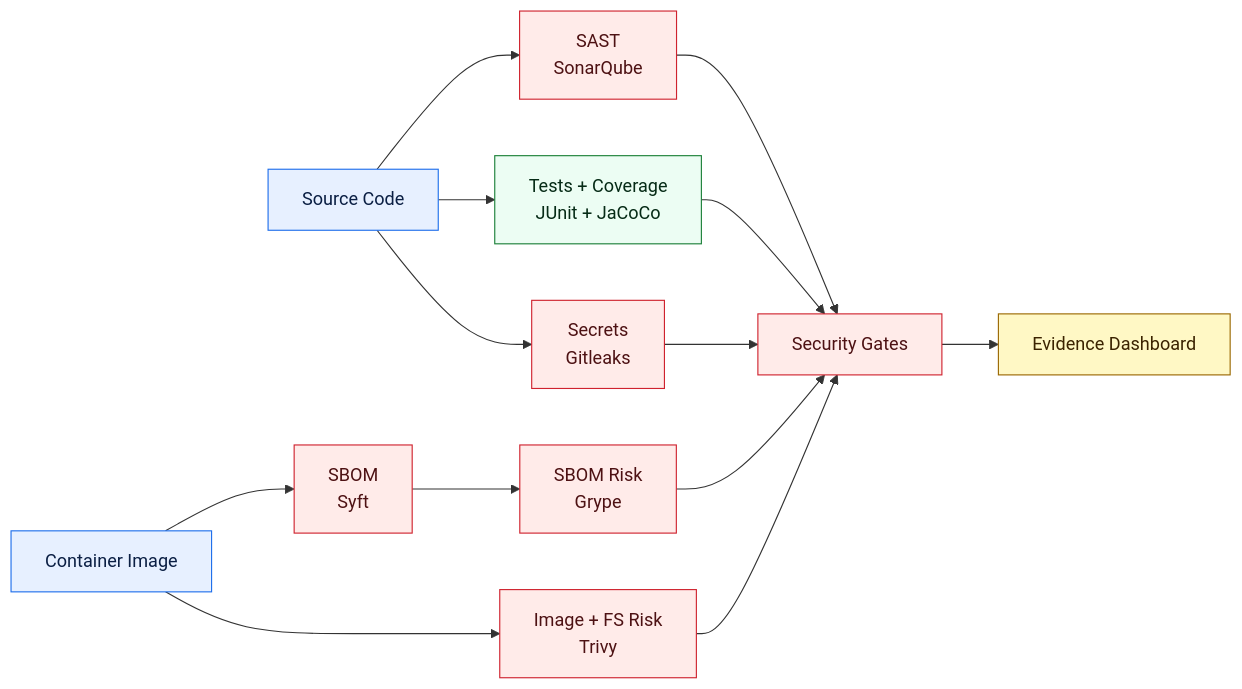
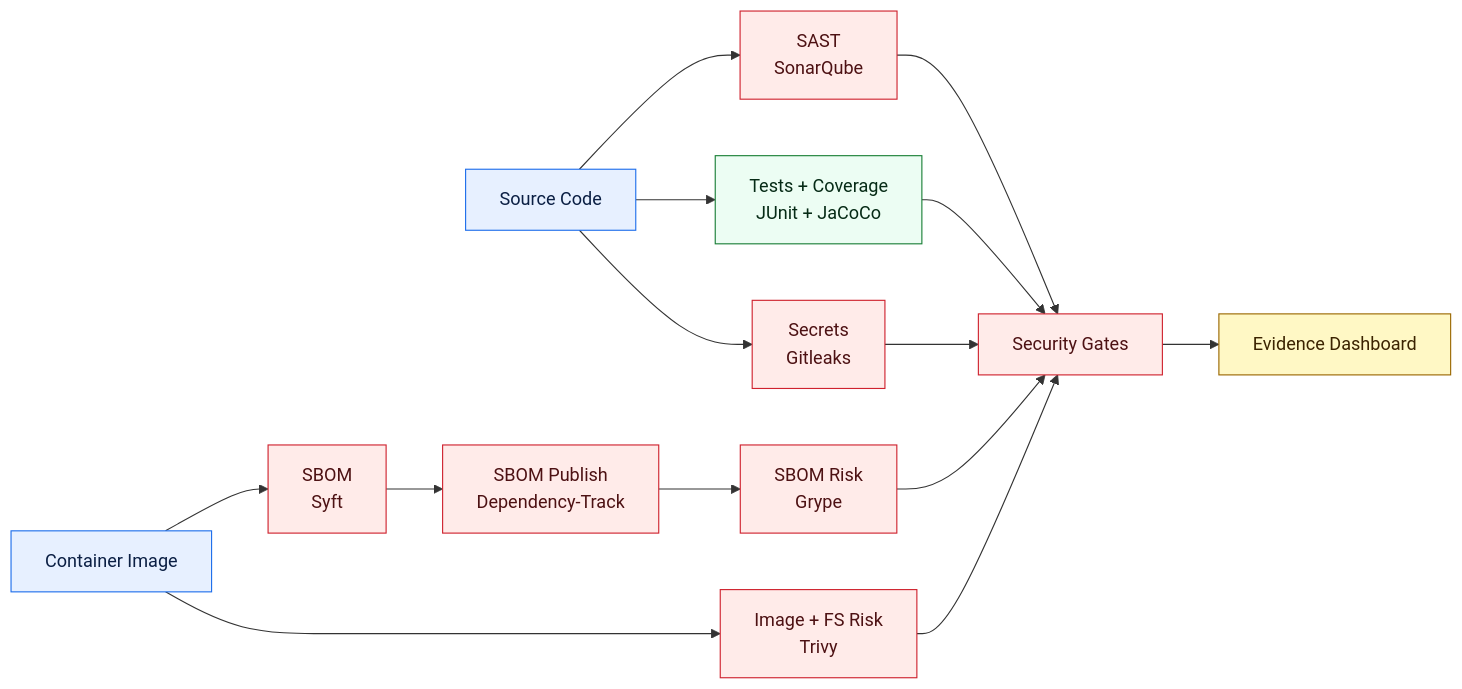
The diagram in cicd-reference-architectures/tools/README.md (Github-Arun-Repo/platform-engineering-reference-architectures), drawn with Mermaid before and after one commit. The commit also changed other lines of this file and 6 other files, not shown here.

Commit message:
feat(ci): integrate Dependency-Track SBOM publishing

````diff
--- a/cicd-reference-architectures/tools/README.md
+++ b/cicd-reference-architectures/tools/README.md
@@ -9,30 +9,31 @@
 ```mermaid
 flowchart LR
     source[Source Code]
     sast[SAST<br/>SonarQube]
     tests[Tests + Coverage<br/>JUnit + JaCoCo]
     secrets[Secrets<br/>Gitleaks]
     image[Container Image]
     sbom[SBOM<br/>Syft]
+    dtrack[SBOM Publish<br/>Dependency-Track]
     sca[SBOM Risk<br/>Grype]
     vuln[Image + FS Risk<br/>Trivy]
     gates[Security Gates]
     evidence[Evidence Dashboard]
 
     source --> sast --> gates
     source --> tests --> gates
     source --> secrets --> gates
-    image --> sbom --> sca --> gates
+    image --> sbom --> dtrack --> sca --> gates
     image --> vuln --> gates
     gates --> evidence
 
     classDef code fill:#e7f0ff,stroke:#1f6feb,color:#0b1f44;
     classDef quality fill:#ecfdf3,stroke:#1a7f37,color:#062b16;
     classDef security fill:#ffebe9,stroke:#cf222e,color:#4d1113;
     classDef evidence fill:#fff8c5,stroke:#9a6700,color:#3b2300;
 
     class source,image code;
     class tests quality;
-    class sast,secrets,sbom,sca,vuln,gates security;
+    class sast,secrets,sbom,dtrack,sca,vuln,gates security;
     class evidence evidence;
 ```
````
